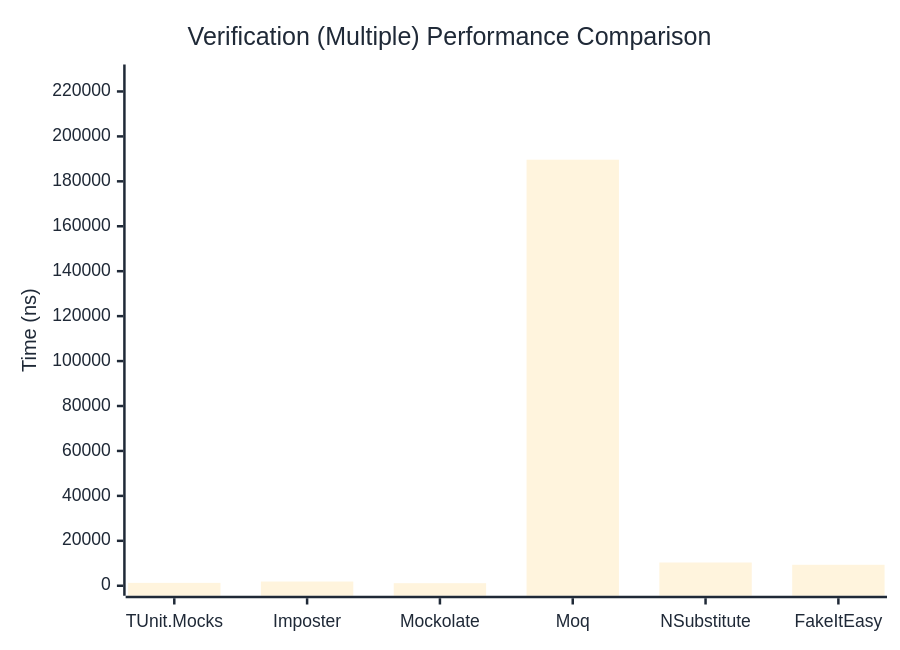
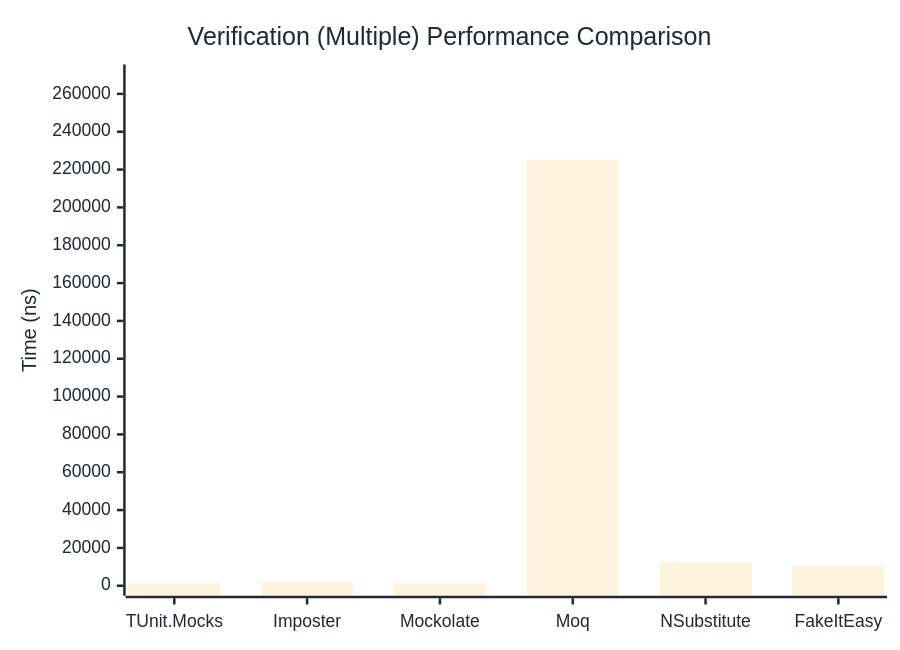
One commit to thomhurst/TUnit changed the third of 3 diagrams in docs/docs/benchmarks/mocks/Verification.md. Above: the diagram before and after it, drawn with Mermaid. The commit also changed other lines of this file and 14 other files, not shown here.

````diff
--- a/docs/docs/benchmarks/mocks/Verification.md
+++ b/docs/docs/benchmarks/mocks/Verification.md
@@ -112,27 +112,27 @@
 ```mermaid
 %%{init: {
   'theme':'base',
   'themeVariables': {
     'primaryColor': '#2563eb',
     'primaryTextColor': '#1f2937',
     'primaryBorderColor': '#1e40af',
     'lineColor': '#6b7280',
     'secondaryColor': '#7c3aed',
     'tertiaryColor': '#dc2626',
     'background': '#ffffff',
     'pie1': '#2563eb',
     'pie2': '#7c3aed',
     'pie3': '#dc2626',
     'pie4': '#f59e0b',
     'pie5': '#10b981',
     'pie6': '#06b6d4',
     'pie7': '#ec4899',
     'pie8': '#6366f1'
   }
 }}%%
 xychart-beta
   title "Verification (Multiple) Performance Comparison"
   x-axis ["TUnit.Mocks", "Imposter", "Mockolate", "Moq", "NSubstitute", "FakeItEasy"]
-  y-axis "Time (ns)" 0 --> 227551
-  bar [1281.85, 1875.15, 1141.21, 189625.48, 10352.21, 9325.13]
+  y-axis "Time (ns)" 0 --> 270245
+  bar [1470.46, 2144.15, 1335.75, 225203.44, 12585.1, 10697.18]
 ```
````
